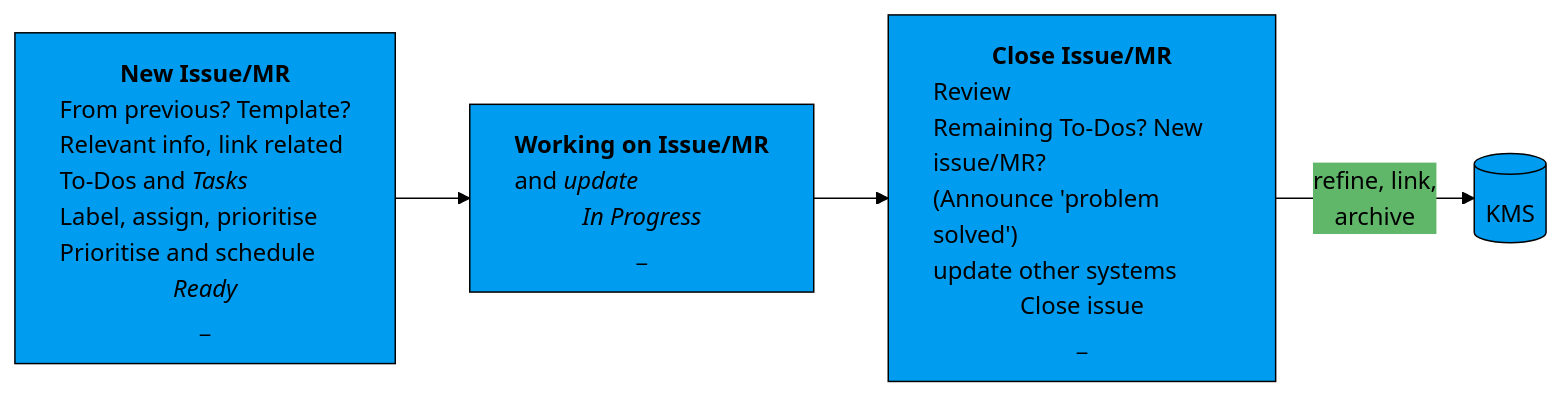
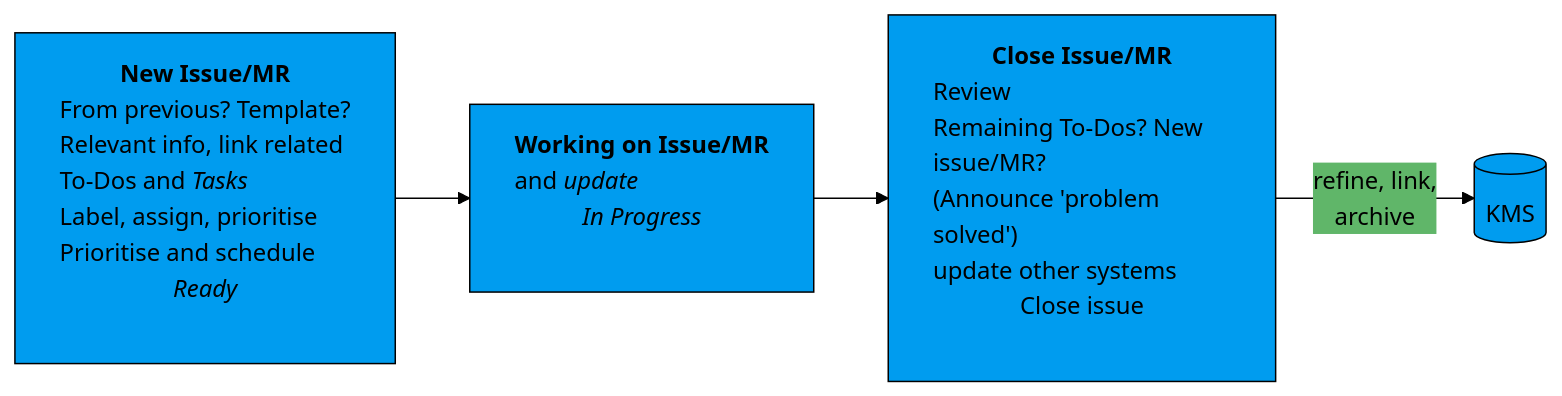
Before and after one commit to SebastianErfort/notes_public: the diagram in tech/software/git/GitLab-reference.md, drawn with Mermaid.

Commit message:
style: GitLab ref repl '_' by HTML nbsp

````diff
--- a/tech/software/git/GitLab-reference.md
+++ b/tech/software/git/GitLab-reference.md
@@ -29,21 +29,21 @@
 ```mermaid
 %%{
   init: {
     'theme': 'base',
     'themeVariables': {
       'primaryColor': 'rgb(0, 156, 239)',
       'primaryTextColor': '#000',
       'primaryBorderColor': '#000',
       'lineColor': '#000',
       'secondaryColor': 'rgb(96, 182, 105)',
       'tertiaryColor': 'rgb(53, 182, 180)',
       'fontFamily': 'Futura'
     }
   }
 }%%
 graph LR
-  ni["<b>New Issue/MR</b><div style='text-align: left;'>From previous? Template?</br>Relevant info, link related</br>To-Dos and <em>Tasks</em></br>Label, assign, prioritise</br>Prioritise and schedule</br></div><em>Ready</em></br>_"]
-  --> ci["<b>Working on Issue/MR</b><div style='text-align: left'>and <em>update</em></div><em>In Progress</em></br>_"]
-  --> cc["<b>Close Issue/MR</b><div style='text-align: left;'>Review</br>Remaining To-Dos? New issue/MR?</br>(Announce 'problem solved')</br>update other systems</br></div>Close issue</br>_"]
+  ni["<b>New Issue/MR</b><div style='text-align: left;'>From previous? Template?</br>Relevant info, link related</br>To-Dos and <em>Tasks</em></br>Label, assign, prioritise</br>Prioritise and schedule</br></div><em>Ready</em></br>&nbsp;"]
+  --> ci["<b>Working on Issue/MR</b><div style='text-align: left'>and <em>update</em></div><em>In Progress</em></br>&nbsp;"]
+  --> cc["<b>Close Issue/MR</b><div style='text-align: left;'>Review</br>Remaining To-Dos? New issue/MR?</br>(Announce 'problem solved')</br>update other systems</br></div>Close issue</br>&nbsp;"]
   -->|"refine, link,</br>archive"| kms[(KMS)]
 ```
````
